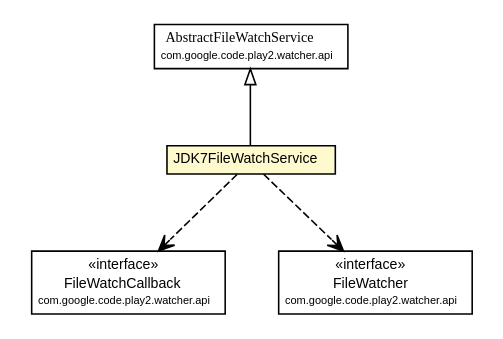
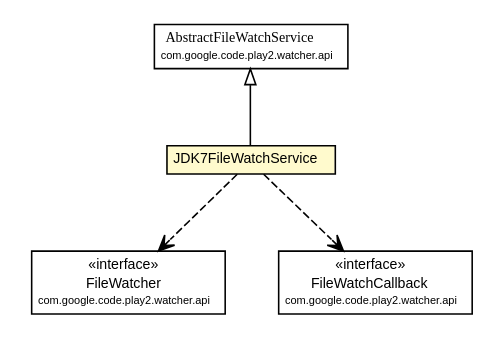
Before and after one commit to play2-maven-plugin/play2-maven-plugin.github.io: the diagram in play2-maven-plugin/1.0.0-beta6-SNAPSHOT/play2-source-watchers/play2-source-watcher-jdk7/apidocs/com/google/code/play2/watcher/jdk7/JDK7FileWatchService.dot, drawn with Graphviz. The commit also changed 752 other files, not shown here.

```diff
--- a/play2-maven-plugin/1.0.0-beta6-SNAPSHOT/play2-source-watchers/play2-source-watcher-jdk7/apidocs/com/google/code/play2/watcher/jdk7/JDK7FileWatchService.dot
+++ b/play2-maven-plugin/1.0.0-beta6-SNAPSHOT/play2-source-watchers/play2-source-watcher-jdk7/apidocs/com/google/code/play2/watcher/jdk7/JDK7FileWatchService.dot
@@ -1,47 +1,47 @@
 #!/usr/local/bin/dot
 #
 # Class diagram 
 # Generated by UMLGraph version R5_6-24-gf6e263 (http://www.umlgraph.org/)
 #
 
 digraph G {
 	edge [fontname="arial",fontsize=10,labelfontname="arial",labelfontsize=10];
 	node [fontname="arial",fontsize=10,shape=plaintext];
 	nodesep=0.25;
 	ranksep=0.5;
 	// com.google.code.play2.watcher.jdk7.JDK7FileWatchService
 	c7 [label=<<table title="com.google.code.play2.watcher.jdk7.JDK7FileWatchService" border="0" cellborder="1" cellspacing="0" cellpadding="2" port="p" bgcolor="lemonChiffon" href="./JDK7FileWatchService.html">
 		<tr><td><table border="0" cellspacing="0" cellpadding="1">
 <tr><td align="center" balign="center"> JDK7FileWatchService </td></tr>
 		</table></td></tr>
 		</table>>, URL="./JDK7FileWatchService.html", fontname="arial", fontcolor="black", fontsize=9.0];
 	//com.google.code.play2.watcher.jdk7.JDK7FileWatchService extends com.google.code.play2.watcher.api.AbstractFileWatchService
 	c20:p -> c7:p [dir=back,arrowtail=empty];
+	// com.google.code.play2.watcher.jdk7.JDK7FileWatchService DEPEND com.google.code.play2.watcher.api.FileWatcher
+	c7:p -> c22:p [taillabel="", label="", headlabel="", fontname="arial", fontcolor="black", fontsize=10.0, color="black", arrowhead=open, style=dashed];
 	// com.google.code.play2.watcher.jdk7.JDK7FileWatchService DEPEND com.google.code.play2.watcher.api.FileWatchCallback
-	c7:p -> c21:p [taillabel="", label="", headlabel="", fontname="arial", fontcolor="black", fontsize=10.0, color="black", arrowhead=open, style=dashed];
-	// com.google.code.play2.watcher.jdk7.JDK7FileWatchService DEPEND com.google.code.play2.watcher.api.FileWatcher
 	c7:p -> c23:p [taillabel="", label="", headlabel="", fontname="arial", fontcolor="black", fontsize=10.0, color="black", arrowhead=open, style=dashed];
 	// com.google.code.play2.watcher.api.AbstractFileWatchService
 	c20 [label=<<table title="com.google.code.play2.watcher.api.AbstractFileWatchService" border="0" cellborder="1" cellspacing="0" cellpadding="2" port="p">
 		<tr><td><table border="0" cellspacing="0" cellpadding="1">
 <tr><td align="center" balign="center"><font face="arial italic"> AbstractFileWatchService </font></td></tr>
 <tr><td align="center" balign="center"><font point-size="7.0"> com.google.code.play2.watcher.api </font></td></tr>
 		</table></td></tr>
 		</table>>, URL="null", fontname="arial", fontcolor="black", fontsize=9.0];
 	// com.google.code.play2.watcher.api.FileWatcher
-	c23 [label=<<table title="com.google.code.play2.watcher.api.FileWatcher" border="0" cellborder="1" cellspacing="0" cellpadding="2" port="p">
+	c22 [label=<<table title="com.google.code.play2.watcher.api.FileWatcher" border="0" cellborder="1" cellspacing="0" cellpadding="2" port="p">
 		<tr><td><table border="0" cellspacing="0" cellpadding="1">
 <tr><td align="center" balign="center"> &#171;interface&#187; </td></tr>
 <tr><td align="center" balign="center"> FileWatcher </td></tr>
 <tr><td align="center" balign="center"><font point-size="7.0"> com.google.code.play2.watcher.api </font></td></tr>
 		</table></td></tr>
 		</table>>, URL="null", fontname="arial", fontcolor="black", fontsize=9.0];
 	// com.google.code.play2.watcher.api.FileWatchCallback
-	c21 [label=<<table title="com.google.code.play2.watcher.api.FileWatchCallback" border="0" cellborder="1" cellspacing="0" cellpadding="2" port="p">
+	c23 [label=<<table title="com.google.code.play2.watcher.api.FileWatchCallback" border="0" cellborder="1" cellspacing="0" cellpadding="2" port="p">
 		<tr><td><table border="0" cellspacing="0" cellpadding="1">
 <tr><td align="center" balign="center"> &#171;interface&#187; </td></tr>
 <tr><td align="center" balign="center"> FileWatchCallback </td></tr>
 <tr><td align="center" balign="center"><font point-size="7.0"> com.google.code.play2.watcher.api </font></td></tr>
 		</table></td></tr>
 		</table>>, URL="null", fontname="arial", fontcolor="black", fontsize=9.0];
 }
```
